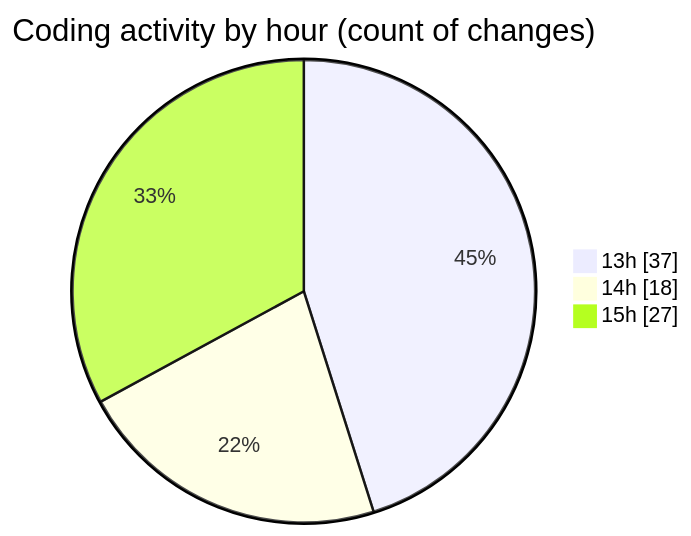
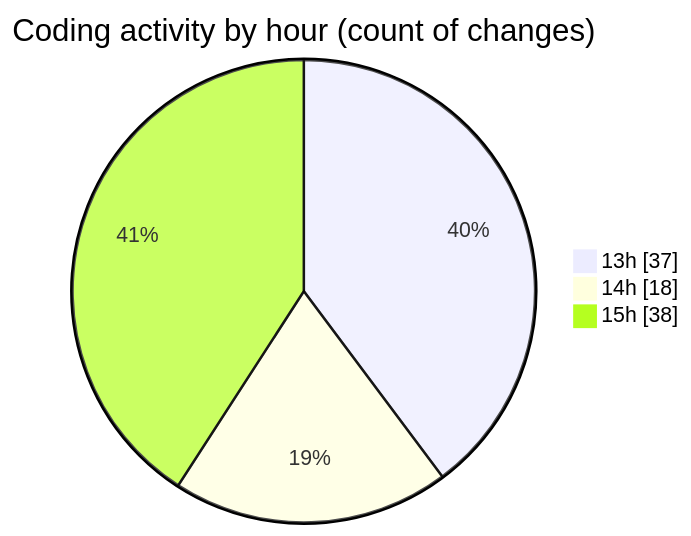
One commit to Unknowalive/code-tracking changed the second of 2 diagrams in 2026-04-11/scripting_workshop/README.md. Above: the diagram before and after it, drawn with Mermaid. The commit also changed other lines of this file and 1 other file, not shown here.

````diff
--- a/2026-04-11/scripting_workshop/README.md
+++ b/2026-04-11/scripting_workshop/README.md
@@ -63,7 +64,7 @@
 ```mermaid
 pie showData
 title Coding activity by hour (count of changes)
 "13h" : 37
 "14h" : 18
-"15h" : 27
+"15h" : 38
 ```
````
